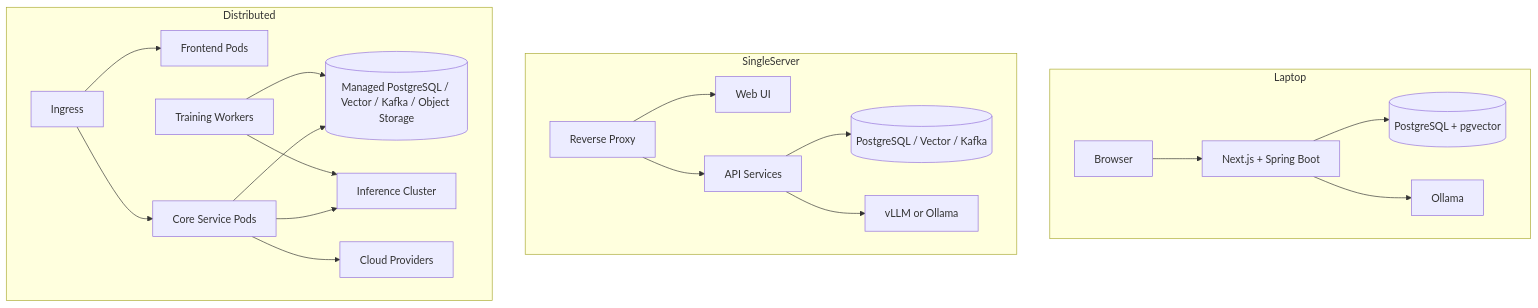
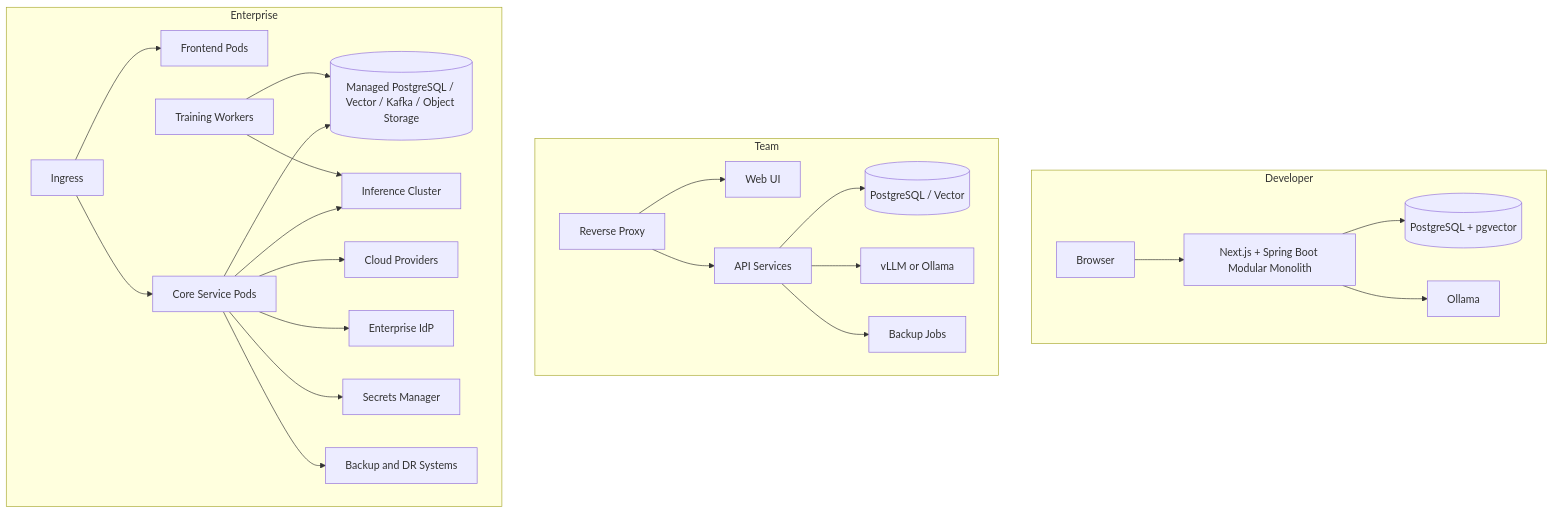
The third of 6 diagrams in docs/architecture.md (dcfrancisco/open-intelligence-platform), drawn with Mermaid before and after one commit. The commit also changed other lines of this file and 24 other files, not shown here.

````diff
--- a/docs/architecture.md
+++ b/docs/architecture.md
@@ -187,40 +365,48 @@
 ```mermaid
 flowchart TB
-    subgraph Laptop
+    subgraph Developer
         LUI[Browser]
-        LApp[Next.js + Spring Boot]
+        LApp[Next.js + Spring Boot Modular Monolith]
         LDB[(PostgreSQL + pgvector)]
         LOllama[Ollama]
         LUI --> LApp --> LDB
         LApp --> LOllama
     end
 
-    subgraph SingleServer
+    subgraph Team
         SProxy[Reverse Proxy]
         SUI[Web UI]
         SAPI[API Services]
-        SData[(PostgreSQL / Vector / Kafka)]
+        SData[(PostgreSQL / Vector)]
         SVLLM[vLLM or Ollama]
+        SBackup[Backup Jobs]
         SProxy --> SUI
         SProxy --> SAPI
         SAPI --> SData
         SAPI --> SVLLM
+        SAPI --> SBackup
     end
 
-    subgraph Distributed
+    subgraph Enterprise
         Ingress[Ingress]
         FE[Frontend Pods]
         Core[Core Service Pods]
         Train[Training Workers]
         Data[(Managed PostgreSQL / Vector / Kafka / Object Storage)]
         LocalAI[Inference Cluster]
         CloudAI[Cloud Providers]
+        IdP[Enterprise IdP]
+        Vault[Secrets Manager]
+        DR[Backup and DR Systems]
         Ingress --> FE
         Ingress --> Core
         Core --> Data
         Core --> LocalAI
         Core --> CloudAI
+        Core --> IdP
+        Core --> Vault
+        Core --> DR
         Train --> Data
         Train --> LocalAI
     end
 ```
````
